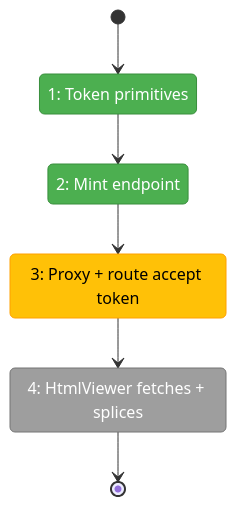
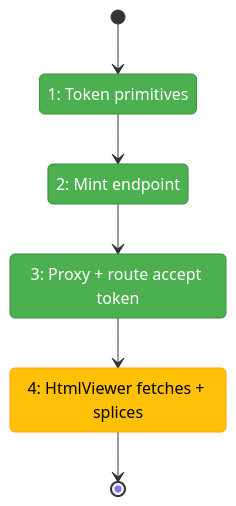
The first of 2 diagrams in docs/plans/084-random-enhancements-3/fixes/FX011-html-viewer-asset-token.fltplan.md (AI-Substrate/chainglass), drawn with Mermaid before and after one commit. The commit also changed other lines of this file and 8 other files, not shown here.

````diff
--- a/docs/plans/084-random-enhancements-3/fixes/FX011-html-viewer-asset-token.fltplan.md
+++ b/docs/plans/084-random-enhancements-3/fixes/FX011-html-viewer-asset-token.fltplan.md
@@ -31,22 +31,21 @@
 ```mermaid
 stateDiagram-v2
     classDef pending fill:#9E9E9E,stroke:#757575,color:#fff
     classDef active fill:#FFC107,stroke:#FFA000,color:#000
     classDef done fill:#4CAF50,stroke:#388E3C,color:#fff
     classDef blocked fill:#F44336,stroke:#D32F2F,color:#fff
 
     state "1: Token primitives" as S1
     state "2: Mint endpoint" as S2
     state "3: Proxy + route accept token" as S3
     state "4: HtmlViewer fetches + splices" as S4
 
     [*] --> S1
     S1 --> S2
     S2 --> S3
     S3 --> S4
     S4 --> [*]
 
-    class S1,S2 done
-    class S3 active
-    class S4 pending
+    class S1,S2,S3 done
+    class S4 active
 ```
````
